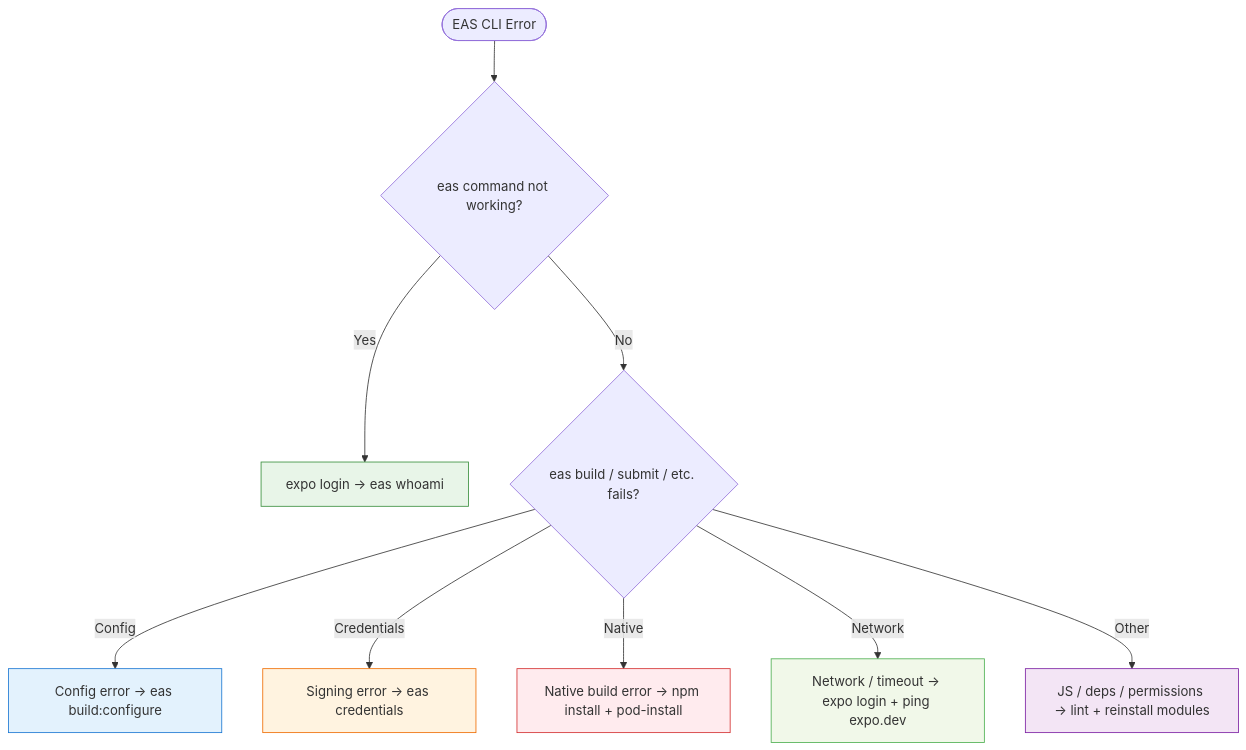
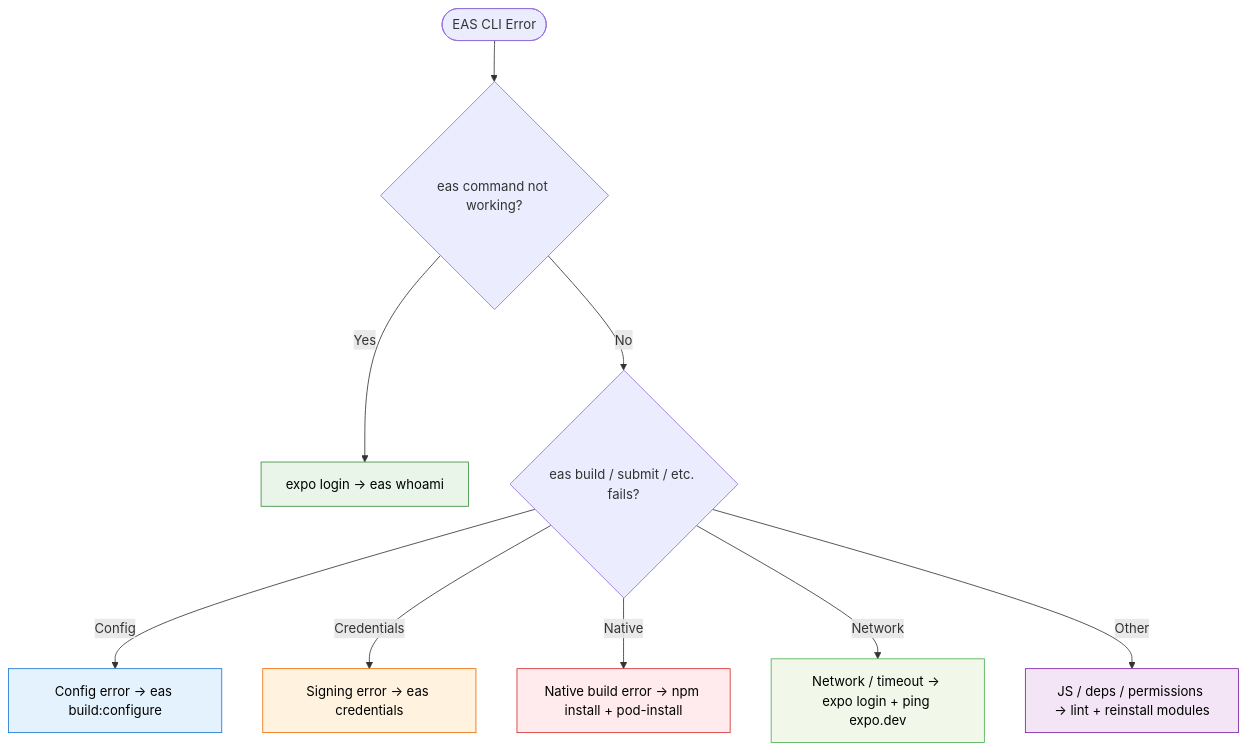
The diagram in docs/Getting Started/Development/buildingGuide.md (vives-project-xp/SmartGlasses), drawn with Mermaid before and after one commit. The commit also changed 1 other file, not shown here.

Commit message:
commit om workflow te doen

````diff
--- a/docs/Getting Started/Development/buildingGuide.md
+++ b/docs/Getting Started/Development/buildingGuide.md
@@ -212,20 +212,24 @@
 ```mermaid
+---
+id: fa676993-7c73-4b02-be2a-1484a1043c3c
+---
 flowchart TD
     Start([EAS CLI Error]) --> A{eas command not working?}
 
     A -->|Yes| Login[expo login → eas whoami]
     A -->|No| B{eas build / submit / etc. fails?}
 
     B -->|Config| C[Config error → eas build:configure]
     B -->|Credentials| D[Signing error → eas credentials]
     B -->|Native| E[Native build error → npm install + pod-install]
     B -->|Network| F[Network / timeout → expo login + ping expo.dev]
     B -->|Other| G[JS / deps / permissions → lint + reinstall modules]
 
-    style Login fill:#e8f5e8,stroke:#388e3c
-    style C fill:#e3f2fd,stroke:#1976d2
-    style D fill:#fff3e0,stroke:#ef6c00
-    style E fill:#ffebee,stroke:#d32f2f
-    style F fill:#f1f8e9,stroke:#4caf50
-    style G fill:#f3e5f5,stroke:#7b1fa2
+
+    style Login fill:#e8f5e8,stroke:#388e3c,color:#000
+    style C fill:#e3f2fd,stroke:#1976d2,color:#000
+    style D fill:#fff3e0,stroke:#ef6c00,color:#000
+    style E fill:#ffebee,stroke:#d32f2f,color:#000
+    style F fill:#f1f8e9,stroke:#4caf50,color:#000
+    style G fill:#f3e5f5,stroke:#7b1fa2,color:#000
 ```
````
